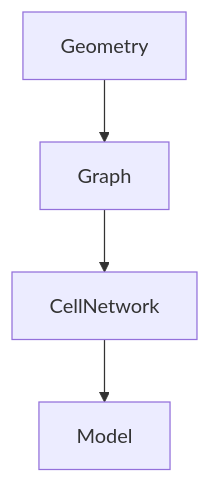
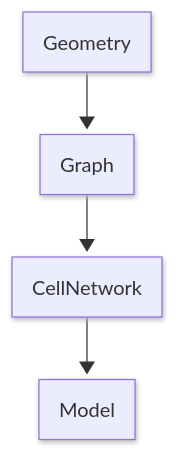
Before and after one commit to BRG-research/compas_grid: the diagram in README.md, drawn with Mermaid.

````diff
--- a/README.md
+++ b/README.md
@@ -7,6 +7,12 @@
 ```mermaid
+---
+config:
+  layout: fixed
+  look: neo
+  theme: mc
+---
   flowchart TD;
       Geometry-->Graph;
       Graph-->CellNetwork;
       CellNetwork-->Model;
 ```
````
